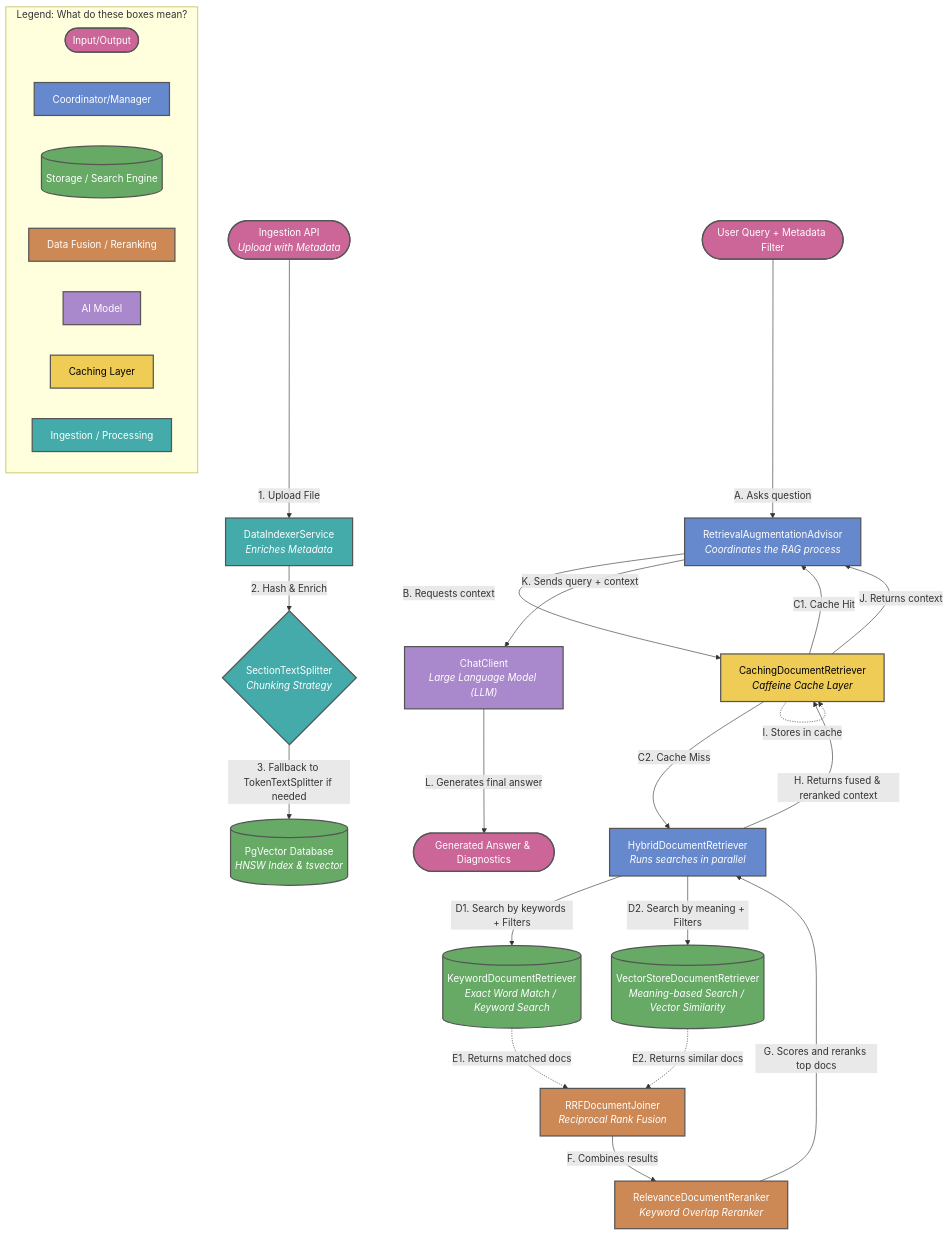
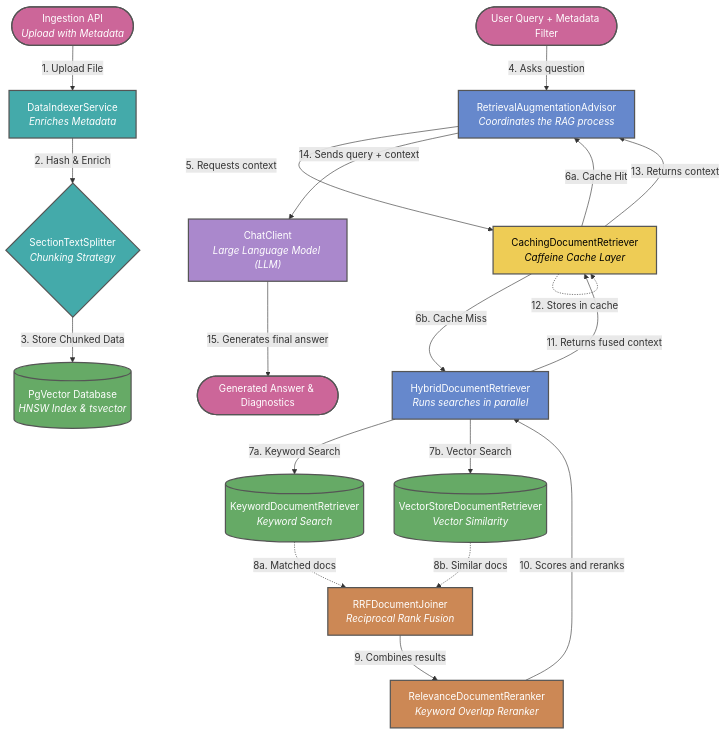
One commit to rajadilipkolli/ai-playground changed the diagram in rag/rag-springai-ollama-llm/ReadMe.md. Above: the diagram before and after it, drawn with Mermaid. The commit also changed other lines of this file and 22 other files, not shown here.

````diff
--- a/rag/rag-springai-ollama-llm/ReadMe.md
+++ b/rag/rag-springai-ollama-llm/ReadMe.md
@@ -31,70 +33,59 @@
 ```mermaid
 flowchart TD
-    %% Define Styles / Legend
+    %% Define Styles
     classDef userReq fill:#cc6699,stroke:#555555,stroke-width:2px,color:#fff;
     classDef coordinator fill:#6688cc,stroke:#555555,stroke-width:2px,color:#fff;
     classDef searchEngine fill:#66aa66,stroke:#555555,stroke-width:2px,color:#fff;
     classDef fusion fill:#cc8855,stroke:#555555,stroke-width:2px,color:#fff;
     classDef llm fill:#aa88cc,stroke:#555555,stroke-width:2px,color:#fff;
     classDef cache fill:#eecc55,stroke:#555555,stroke-width:2px,color:#000;
     classDef ingestion fill:#44aaaa,stroke:#555555,stroke-width:2px,color:#fff;
 
     %% Nodes for Ingestion
     IngestApi(["Ingestion API<br/><i>Upload with Metadata</i>"]):::userReq
     DataIndexer["DataIndexerService<br/><i>Enriches Metadata</i>"]:::ingestion
     Splitter{"SectionTextSplitter<br/><i>Chunking Strategy</i>"}:::ingestion
     DB[("PgVector Database<br/><i>HNSW Index & tsvector</i>")]:::searchEngine
 
     %% Nodes for Retrieval
     User(["User Query + Metadata Filter"]):::userReq
     Advisor["RetrievalAugmentationAdvisor<br/><i>Coordinates the RAG process</i>"]:::coordinator
     Cache["CachingDocumentRetriever<br/><i>Caffeine Cache Layer</i>"]:::cache
     HybridRetriever["HybridDocumentRetriever<br/><i>Runs searches in parallel</i>"]:::coordinator
     
-    KeywordSearch[("KeywordDocumentRetriever<br/><i>Exact Word Match / Keyword Search</i>")]:::searchEngine
-    VectorSearch[("VectorStoreDocumentRetriever<br/><i>Meaning-based Search / Vector Similarity</i>")]:::searchEngine
+    KeywordSearch[("KeywordDocumentRetriever<br/><i>Keyword Search</i>")]:::searchEngine
+    VectorSearch[("VectorStoreDocumentRetriever<br/><i>Vector Similarity</i>")]:::searchEngine
     
     Joiner["RRFDocumentJoiner<br/><i>Reciprocal Rank Fusion</i>"]:::fusion
     Reranker["RelevanceDocumentReranker<br/><i>Keyword Overlap Reranker</i>"]:::fusion
     
     Ollama["ChatClient<br/><i>Large Language Model (LLM)</i>"]:::llm
     Response(["Generated Answer & Diagnostics"]):::userReq
 
     %% Ingestion Flow
     IngestApi -->|1. Upload File| DataIndexer
     DataIndexer -->|2. Hash & Enrich| Splitter
-    Splitter -->|3. Fallback to TokenTextSplitter if needed| DB
+    Splitter -->|3. Store Chunked Data| DB
     
     %% Retrieval Flow
-    User -->|A. Asks question| Advisor
-    Advisor -->|B. Requests context| Cache
+    User -->|4. Asks question| Advisor
+    Advisor -->|5. Requests context| Cache
     
-    Cache -- C1. Cache Hit --> Advisor
-    Cache -->|C2. Cache Miss| HybridRetriever
+    Cache -- 6a. Cache Hit --> Advisor
+    Cache -->|6b. Cache Miss| HybridRetriever
     
-    HybridRetriever -->|D1. Search by keywords + Filters| KeywordSearch
-    HybridRetriever -->|D2. Search by meaning + Filters| VectorSearch
+    HybridRetriever -->|7a. Keyword Search| KeywordSearch
+    HybridRetriever -->|7b. Vector Search| VectorSearch
     
-    KeywordSearch -.->|E1. Returns matched docs| Joiner
-    VectorSearch -.->|E2. Returns similar docs| Joiner
+    KeywordSearch -.->|8a. Matched docs| Joiner
+    VectorSearch -.->|8b. Similar docs| Joiner
     
-    Joiner -->|F. Combines results| Reranker
-    Reranker -->|G. Scores and reranks top docs| HybridRetriever
-    HybridRetriever -->|H. Returns fused & reranked context| Cache
-    Cache -.->|I. Stores in cache| Cache
-    Cache -->|J. Returns context| Advisor
+    Joiner -->|9. Combines results| Reranker
+    Reranker -->|10. Scores and reranks| HybridRetriever
+    HybridRetriever -->|11. Returns fused context| Cache
+    Cache -.->|12. Stores in cache| Cache
+    Cache -->|13. Returns context| Advisor
     
-    Advisor -->|K. Sends query + context| Ollama
-    Ollama -->|L. Generates final answer| Response
-
-    %% Legend
-    subgraph Legend [Legend: What do these boxes mean?]
-        L1(["Input/Output"]):::userReq
-        L2["Coordinator/Manager"]:::coordinator
-        L3[("Storage / Search Engine")]:::searchEngine
-        L4["Data Fusion / Reranking"]:::fusion
-        L5["AI Model"]:::llm
-        L6["Caching Layer"]:::cache
-        L7["Ingestion / Processing"]:::ingestion
-    end
+    Advisor -->|14. Sends query + context| Ollama
+    Ollama -->|15. Generates final answer| Response
 ```
````
